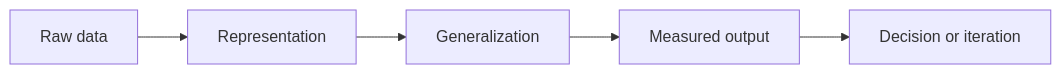
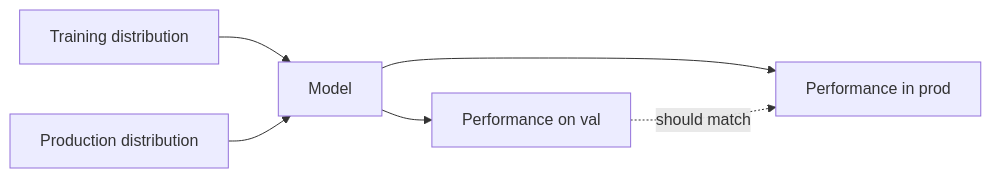
Before and after one commit to Icon1cc/Machine-Learning: the diagram in fundamentals/09-generalization.md, drawn with Mermaid. The commit also changed other lines of this file and 264 other files, not shown here.

````diff
--- a/fundamentals/09-generalization.md
+++ b/fundamentals/09-generalization.md
@@ -92,7 +68,8 @@
 ```mermaid
 flowchart LR
-    A[Raw data] --> B[Representation]
-    B --> C[Generalization]
-    C --> D[Measured output]
-    D --> E[Decision or iteration]
+    Tr[Training distribution] --> M[Model]
+    M --> Vp[Performance on val]
+    Pr[Production distribution] --> M
+    M --> Pp[Performance in prod]
+    Vp -. should match .-> Pp
 ```
````
